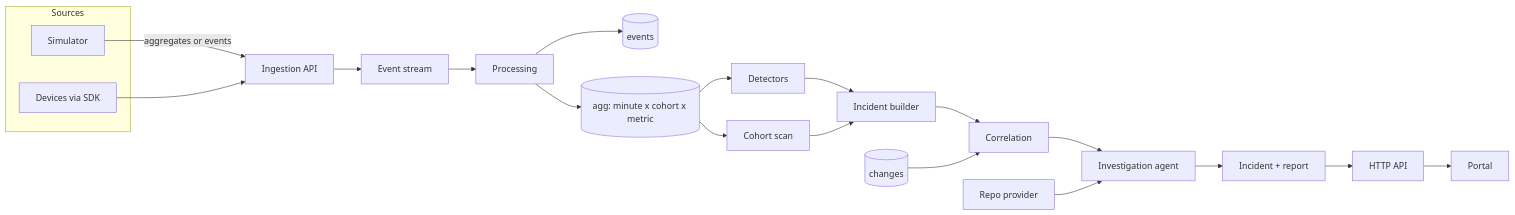
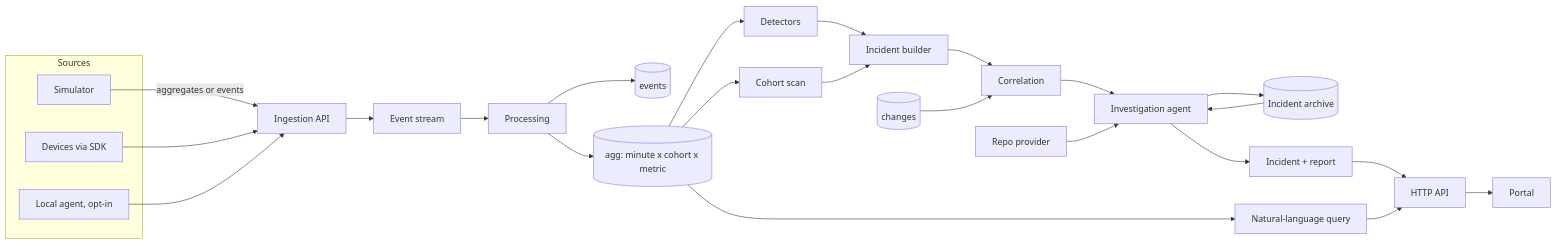
Before and after one commit to michaelnwanna/os-inteligence-lab: the diagram in docs/architecture/overview.md, drawn with Mermaid. The commit also changed other lines of this file and 5 other files, not shown here.

Commit message:
Docs: recommended next steps; document agent, history and natural-language query

````diff
--- a/docs/architecture/overview.md
+++ b/docs/architecture/overview.md
@@ -5,24 +5,30 @@
 ```mermaid
 flowchart LR
     subgraph Sources
       SIM[Simulator]
       DEV[Devices via SDK]
+      AGT0[Local agent, opt-in]
     end
     SIM -->|aggregates or events| ING
     DEV --> ING[Ingestion API]
+    AGT0 --> ING
     ING --> STR[Event stream]
     STR --> PRO[Processing]
     PRO --> RAW[(events)]
     PRO --> AGG[(agg: minute x cohort x metric)]
     AGG --> DET[Detectors]
     AGG --> COH[Cohort scan]
     DET --> INC[Incident builder]
     COH --> INC
     INC --> COR[Correlation]
     CHG[(changes)] --> COR
     COR --> AGT[Investigation agent]
+    HIS[(Incident archive)] --> AGT
     GH[Repo provider] --> AGT
     AGT --> RPT[Incident + report]
+    AGT --> HIS
     RPT --> API[HTTP API]
+    AGG --> NLQ[Natural-language query]
+    NLQ --> API
     API --> UI[Portal]
 ```
````
